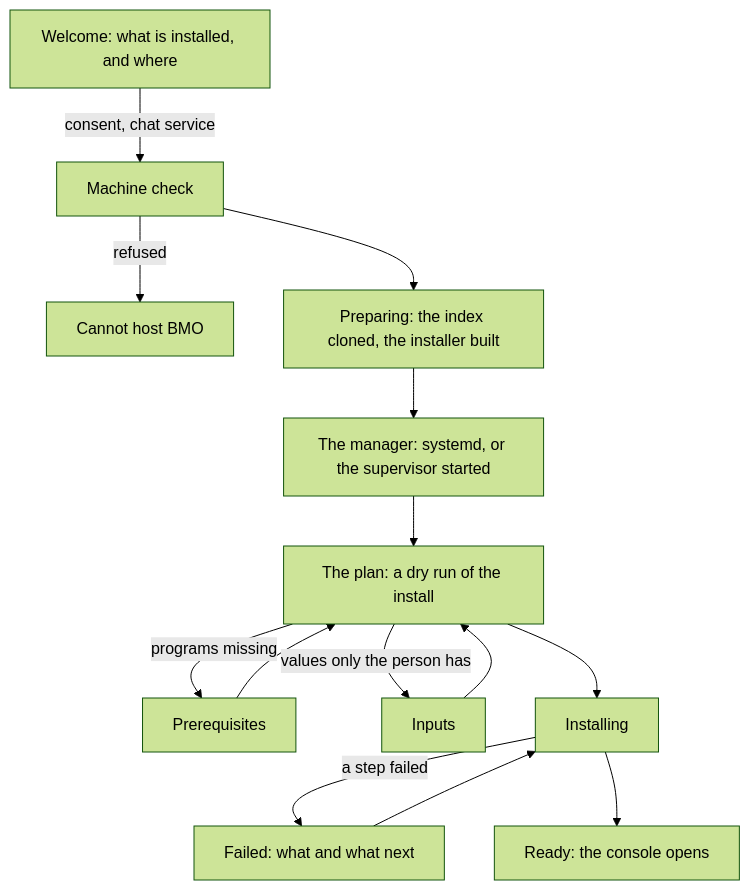
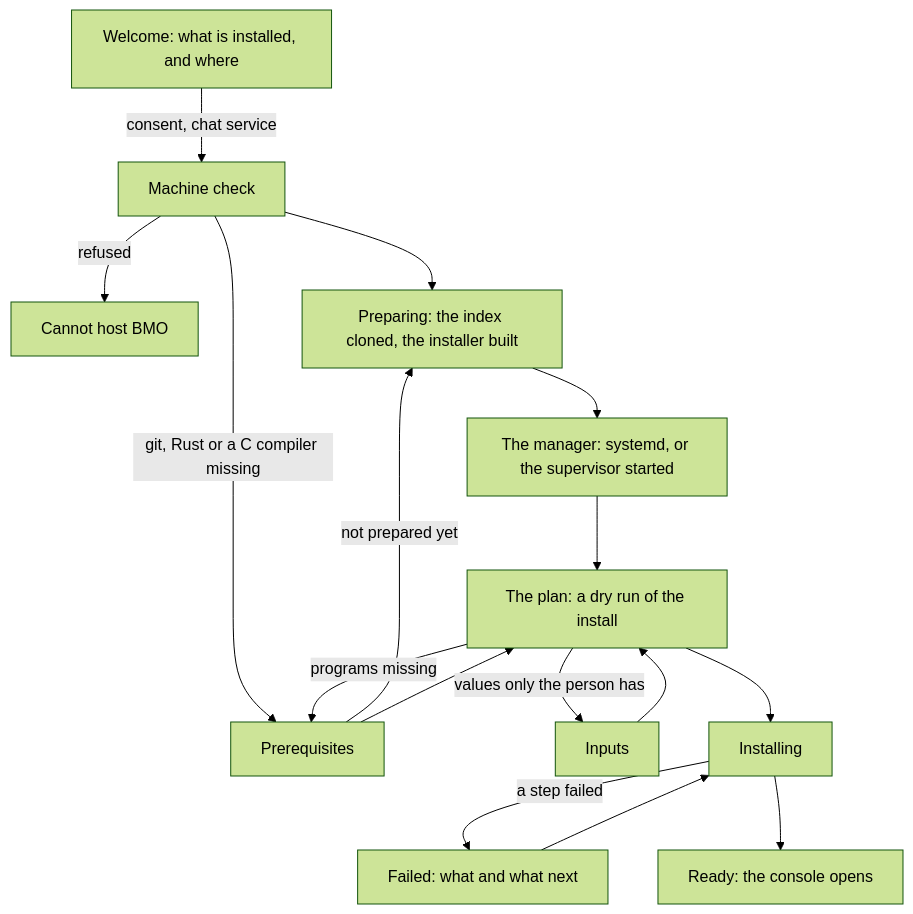
Before and after one commit to ahas/jake: the diagram in docs/all-in-one.md, drawn with Mermaid (forest theme). The commit also changed other lines of this file and 9 other files, not shown here.

````diff
--- a/docs/all-in-one.md
+++ b/docs/all-in-one.md
@@ -67,16 +67,18 @@
 ```mermaid
 flowchart TD
   W[Welcome: what is installed, and where] -->|consent, chat service| C[Machine check]
   C -->|refused| X[Cannot host BMO]
   C --> P[Preparing: the index cloned, the installer built]
   P --> M[The manager: systemd, or the supervisor started]
   M --> D[The plan: a dry run of the install]
-  D -->|programs missing| R[Prerequisites]
+  C -->|git, Rust or a C compiler missing| R[Prerequisites]
+  R -->|not prepared yet| P
+  D -->|programs missing| R
   R --> D
   D -->|values only the person has| I[Inputs]
   I --> D
   D --> N[Installing]
   N -->|a step failed| F[Failed: what and what next]
   F --> N
   N --> K[Ready: the console opens]
 ```
````
